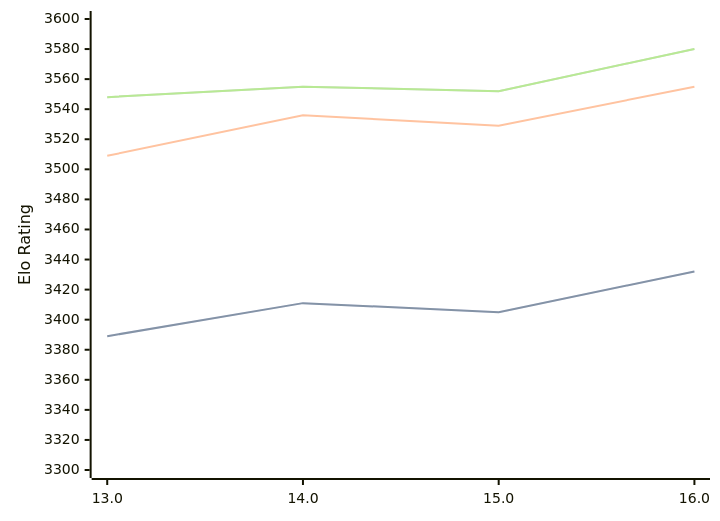
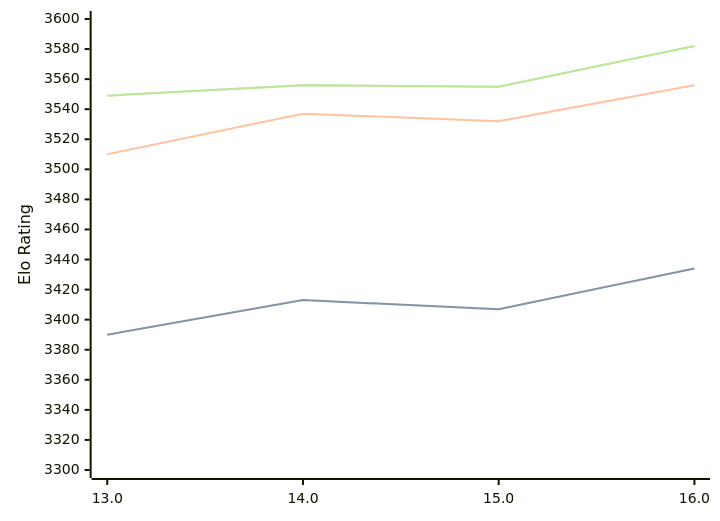
One commit to computer-chess-index/cci changed the diagram in engines/Obsidian.md. Above: the diagram before and after it, drawn with Mermaid. The commit also changed other lines of this file, not shown here.

Commit message:
Update CCI Ratings (ELO VLTC) - 2026-08-22

````diff
--- a/engines/Obsidian.md
+++ b/engines/Obsidian.md
@@ -34,11 +34,11 @@
 ```mermaid
 %%{init: {"theme":"base","themeVariables":{"seriesColors:['#a3a3a3','#222221','#faa371']}}}%%
 xychart-beta
   x-axis ["13.0", "14.0", "15.0", "16.0"]
   y-axis "Elo Rating" 3300 --> 3600
-  line "STC (8.0+0.08s)" [3389, 3411, 3405, 3432]
-  line "STC (8.0+0.08s)" [3389, 3411, 3405, 3432]
-  line "LTC (60.0+0.60s)" [3509, 3536, 3529, 3555]
-  line "VLTC (2m24s+1.12s)" [3548, 3555, 3552, 3580]
-  line "VLTC (2m24s+1.12s)" [3548, 3555, 3552, 3580]
+  line "STC (8.0+0.08s)" [3390, 3413, 3407, 3434]
+  line "STC (8.0+0.08s)" [3390, 3413, 3407, 3434]
+  line "LTC (60.0+0.60s)" [3510, 3537, 3532, 3556]
+  line "VLTC (2m24s+1.12s)" [3549, 3556, 3555, 3582]
+  line "VLTC (2m24s+1.12s)" [3549, 3556, 3555, 3582]
 ```
````
